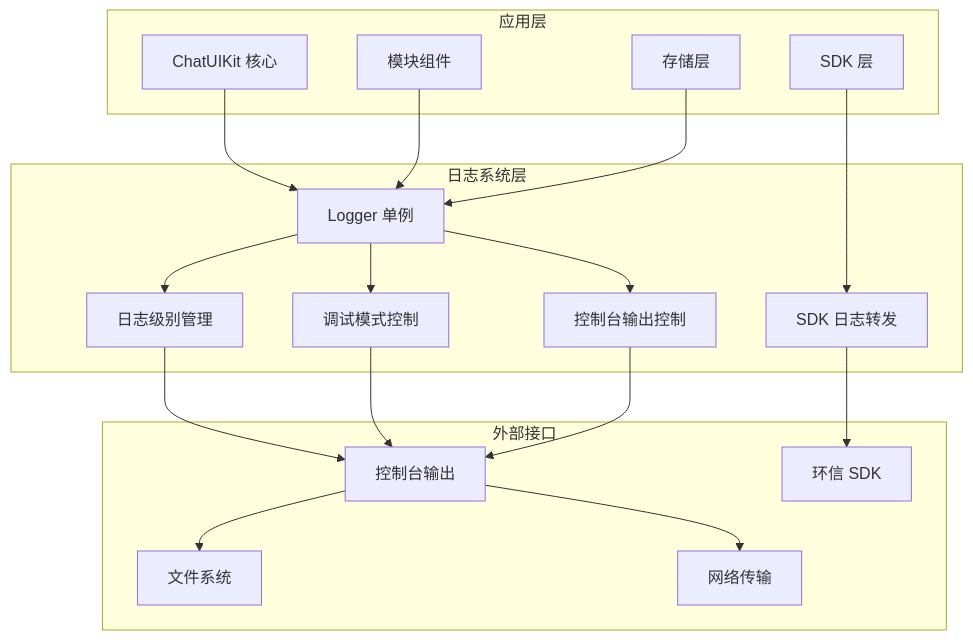
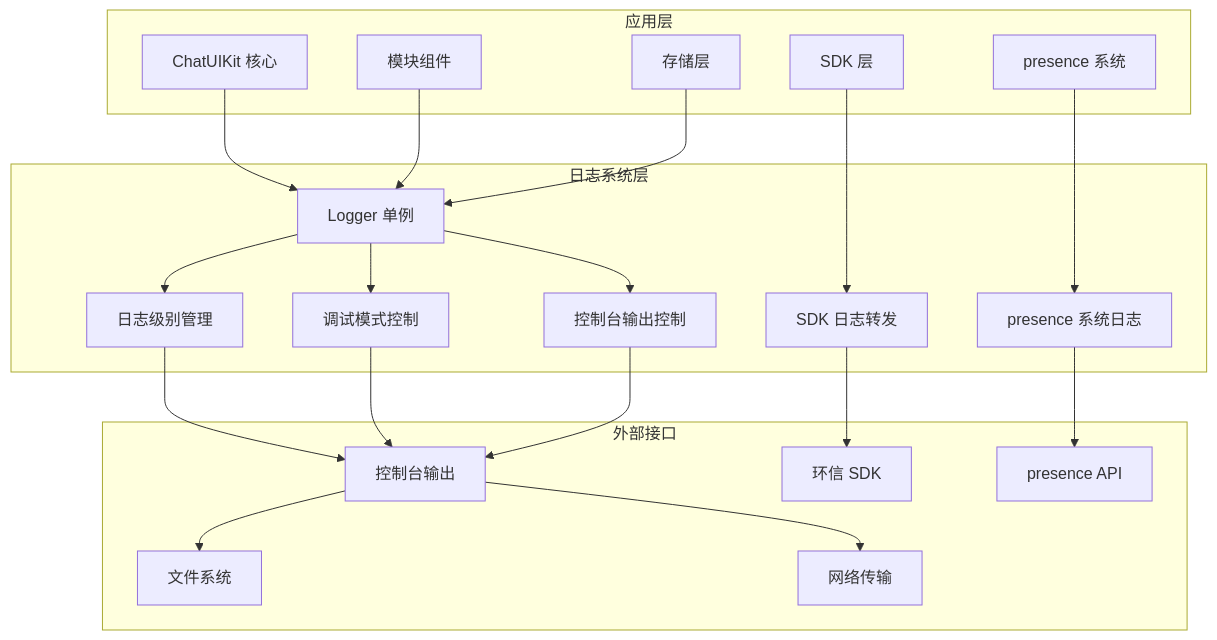
Before and after one commit to Easemob-Community/easemob-uikit-uniapp-community: the third of 16 diagrams in .qoder/repowiki/zh/content/核心架构/日志系统/日志系统.md, drawn with Mermaid. The commit also changed other lines of this file and 8 other files, not shown here.

````diff
--- a/.qoder/repowiki/zh/content/核心架构/日志系统/日志系统.md
+++ b/.qoder/repowiki/zh/content/核心架构/日志系统/日志系统.md
@@ -144,35 +161,40 @@
 ```mermaid
 graph TB
 subgraph "应用层"
 A[ChatUIKit 核心]
 B[模块组件]
 C[存储层]
 D[SDK 层]
+E[presence 系统]
 end
 subgraph "日志系统层"
-E[Logger 单例]
-F[日志级别管理]
-G[调试模式控制]
-H[控制台输出控制]
-I[SDK 日志转发]
+F[Logger 单例]
+G[日志级别管理]
+H[调试模式控制]
+I[控制台输出控制]
+J[SDK 日志转发]
+K[presence 系统日志]
 end
 subgraph "外部接口"
-J[控制台输出]
-K[文件系统]
-L[网络传输]
-M[环信 SDK]
+L[控制台输出]
+M[文件系统]
+N[网络传输]
+O[环信 SDK]
+P[presence API]
 end
-A --> E
-B --> E
-C --> E
-D --> I
-E --> F
-E --> G
-E --> H
-F --> J
-G --> J
-H --> J
-I --> M
-J --> K
-J --> L
+A --> F
+B --> F
+C --> F
+D --> J
+E --> K
+F --> G
+F --> H
+F --> I
+G --> L
+H --> L
+I --> L
+J --> O
+K --> P
+L --> M
+L --> N
 ```
````
